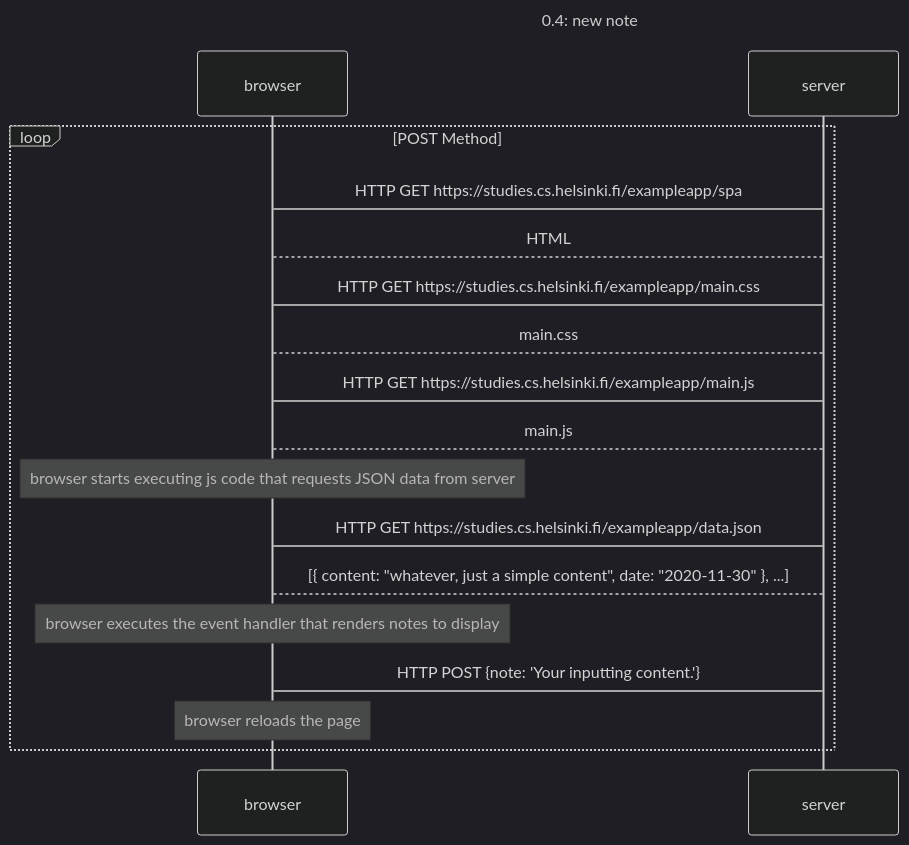
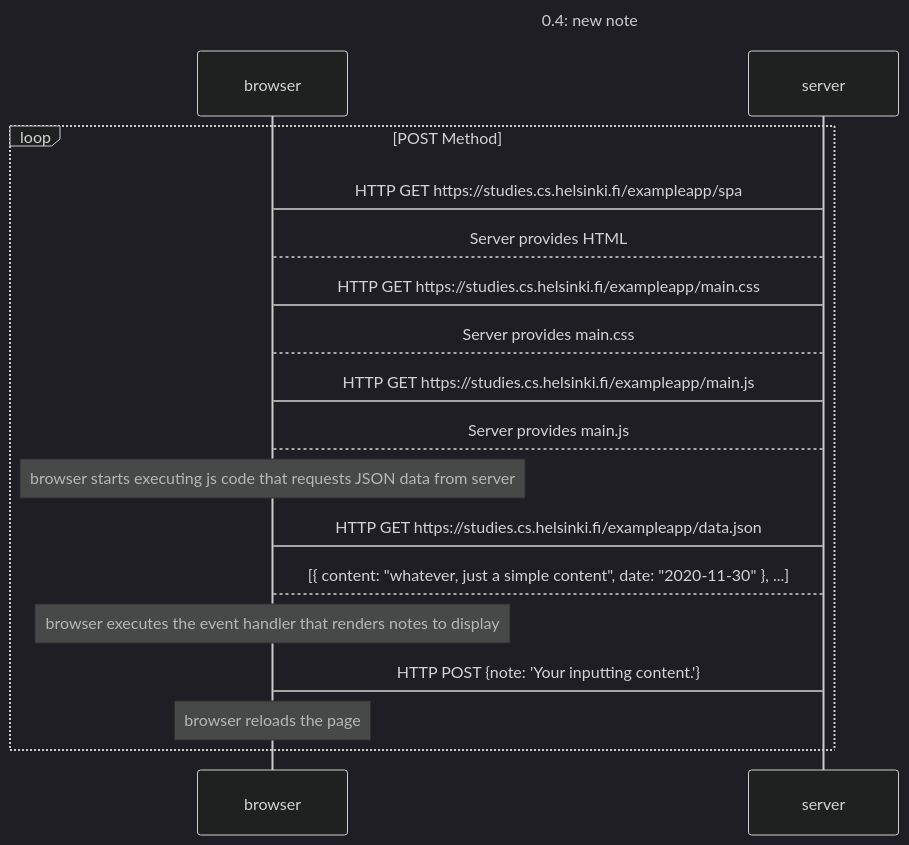
Before and after one commit to BC1337/FullStackOpen2022: the diagram in 0.4: New note diagram.md, drawn with Mermaid (dark theme). The commit also changed other lines of this file, not shown here.

Commit message:
Update 0.4: New note diagram.md

````diff
--- a/0.4: New note diagram.md
+++ b/0.4: New note diagram.md
@@ -3,24 +3,24 @@
 ```mermaid
 sequenceDiagram
     Title: 0.4: new note
 
     loop POST Method
         browser->server: HTTP GET https://studies.cs.helsinki.fi/exampleapp/spa
-        server-->browser: HTML
+        server-->browser: Server provides HTML
         browser->server: HTTP GET https://studies.cs.helsinki.fi/exampleapp/main.css
-        server-->browser: main.css
+        server-->browser: Server provides main.css
         browser->server: HTTP GET https://studies.cs.helsinki.fi/exampleapp/main.js
-        server-->browser: main.js
+        server-->browser: Server provides main.js
 
         note over browser: browser starts executing js code that requests JSON data from server
 
         browser->server: HTTP GET https://studies.cs.helsinki.fi/exampleapp/data.json
         server-->browser: [{ content: "whatever, just a simple content", date: "2020-11-30" }, ...]
 
         note over browser: browser executes the event handler that renders notes to display
 
         browser->server: HTTP POST {note: 'Your inputting content.'}
 
         note over browser: browser reloads the page
     end
 ```
````
